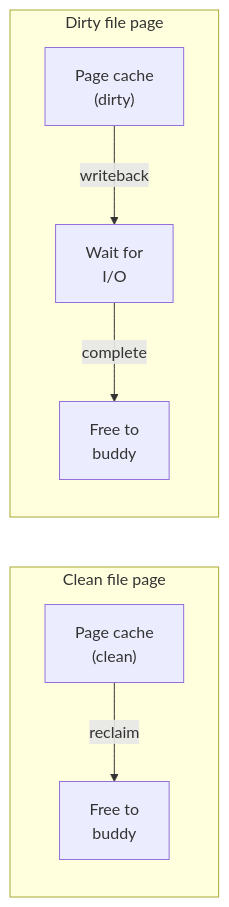
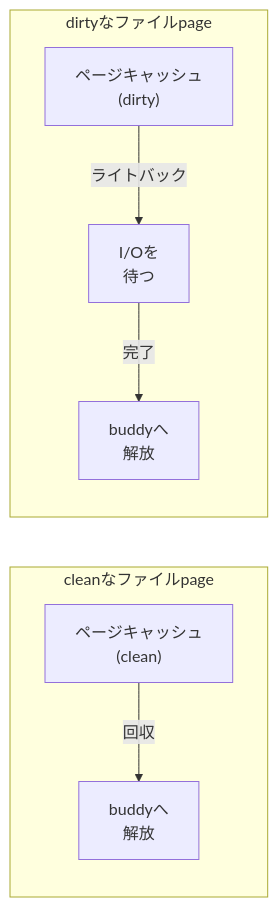
Before and after one commit to doguto/linux-kernel-internals-jp: the eighth of 15 diagrams in docs/mm/life-of-page.md, drawn with Mermaid. The commit also changed other lines of this file and 27 other files, not shown here.

````diff
--- a/docs/mm/life-of-page.md
+++ b/docs/mm/life-of-page.md
@@ -249,10 +249,10 @@
 ```mermaid
 flowchart LR
-    subgraph clean["Clean file page"]
-        C1["Page cache<br/>(clean)"] -->|"reclaim"| C2["Free to<br/>buddy"]
+    subgraph clean["cleanなファイルpage"]
+        C1["ページキャッシュ<br/>(clean)"] -->|"回収"| C2["buddyへ<br/>解放"]
     end
 
-    subgraph dirty["Dirty file page"]
-        D1["Page cache<br/>(dirty)"] -->|"writeback"| D2["Wait for<br/>I/O"] -->|"complete"| D3["Free to<br/>buddy"]
+    subgraph dirty["dirtyなファイルpage"]
+        D1["ページキャッシュ<br/>(dirty)"] -->|"ライトバック"| D2["I/Oを<br/>待つ"] -->|"完了"| D3["buddyへ<br/>解放"]
     end
 ```
````
